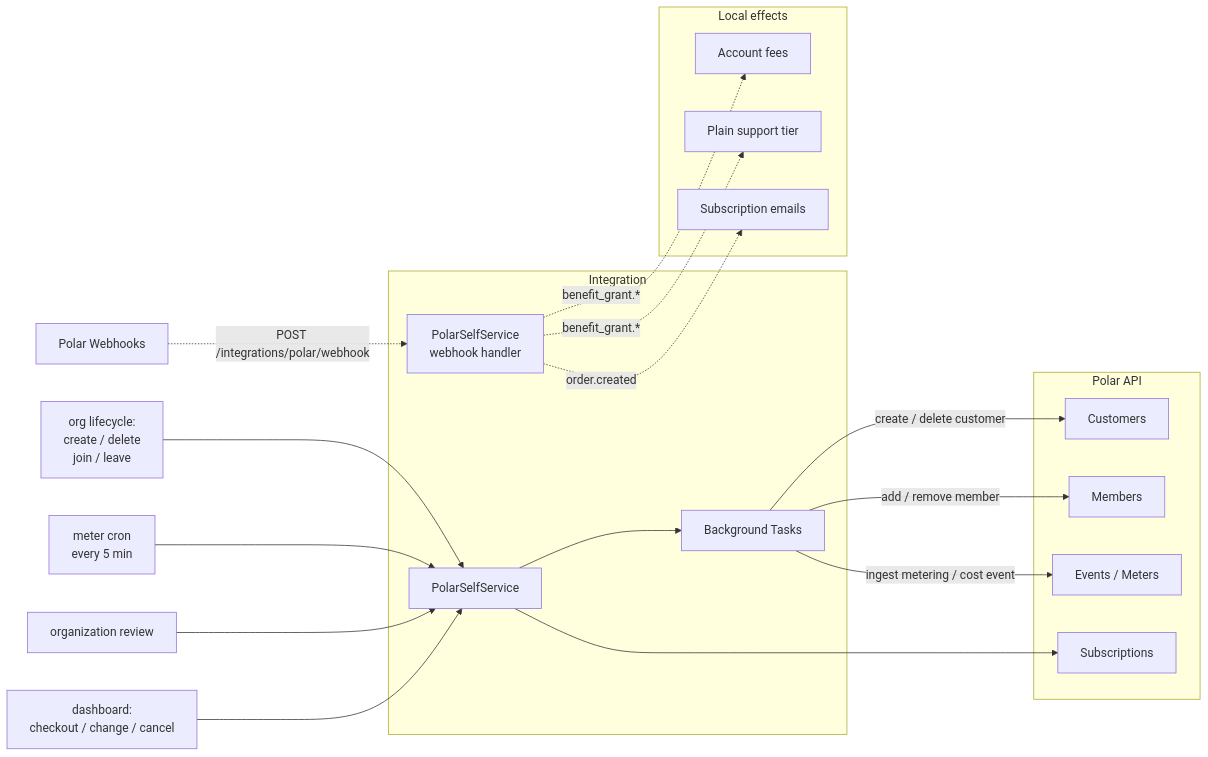
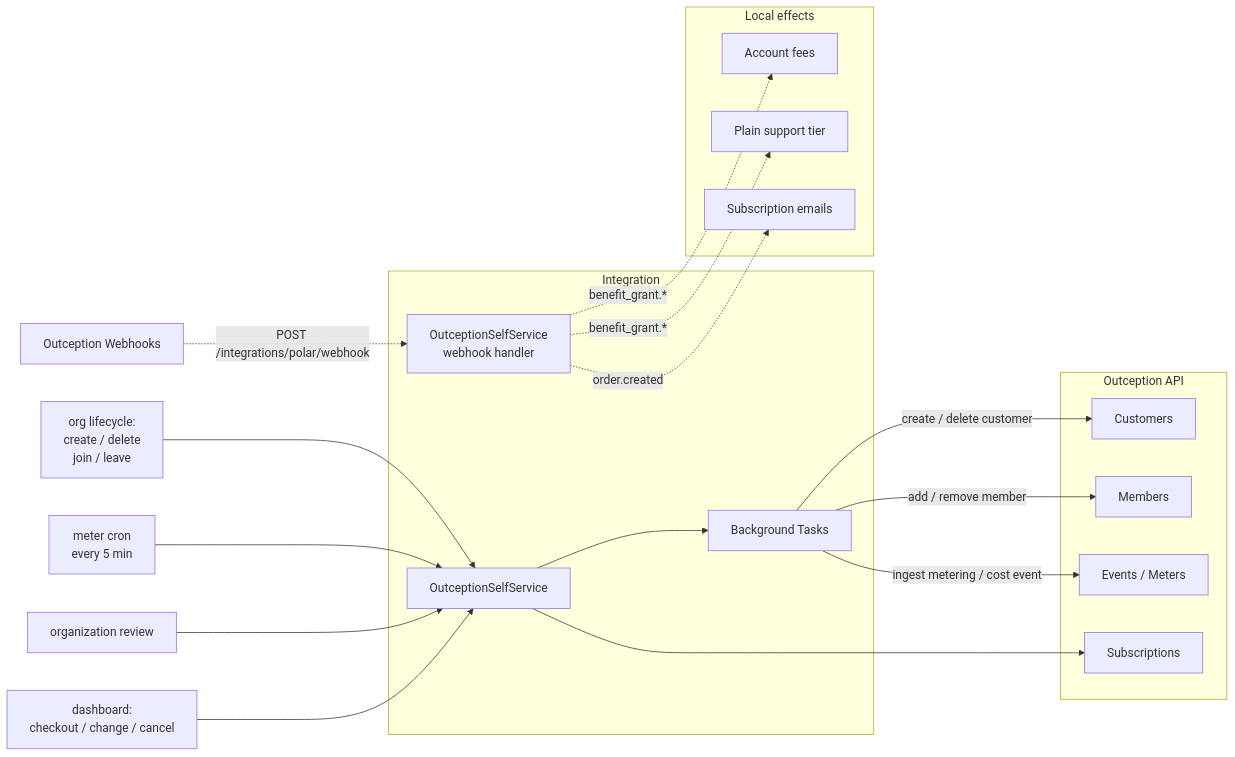
One commit to outception/outception changed the first of 3 diagrams in handbook/engineering/design-documents/outception-for-outception.mdx. Above: the diagram before and after it, drawn with Mermaid. The commit also changed other lines of this file and 12 other files, not shown here.

````diff
--- a/handbook/engineering/design-documents/outception-for-outception.mdx
+++ b/handbook/engineering/design-documents/outception-for-outception.mdx
@@ -36,36 +36,36 @@
 ```mermaid
 graph LR
     OrgLifecycle[org lifecycle:<br/>create / delete<br/>join / leave] --> SVC
     MeterCron[meter cron<br/>every 5 min] --> SVC
     OrgReview[organization review] --> SVC
     Dashboard[dashboard:<br/>checkout / change / cancel] --> SVC
-    Webhooks[Polar Webhooks] -.->|POST /integrations/polar/webhook| WHSVC
+    Webhooks[Outception Webhooks] -.->|POST /integrations/polar/webhook| WHSVC
 
     subgraph Integration
-        SVC[PolarSelfService]
+        SVC[OutceptionSelfService]
         SVC --> Tasks[Background Tasks]
-        WHSVC[PolarSelfService<br/>webhook handler]
+        WHSVC[OutceptionSelfService<br/>webhook handler]
     end
 
     Tasks -->|create / delete customer| Customers
     Tasks -->|add / remove member| Members
     Tasks -->|ingest metering / cost event| Events
     SVC --> Subs
 
-    subgraph Polar API
+    subgraph Outception API
         Customers
         Subs[Subscriptions]
         Members
         Events[Events / Meters]
     end
 
     subgraph Local effects
         Account[Account fees]
         Plain[Plain support tier]
         Emails[Subscription emails]
     end
 
     WHSVC -.->|benefit_grant.*| Account
     WHSVC -.->|benefit_grant.*| Plain
     WHSVC -.->|order.created| Emails
 ```
````
